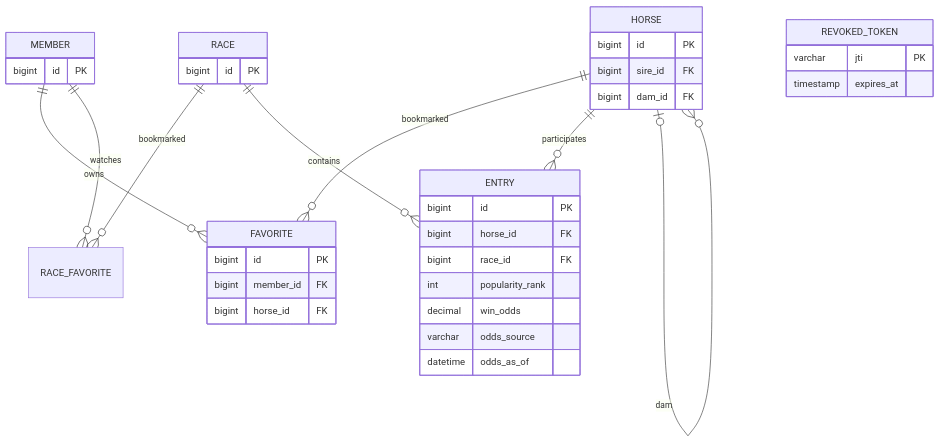
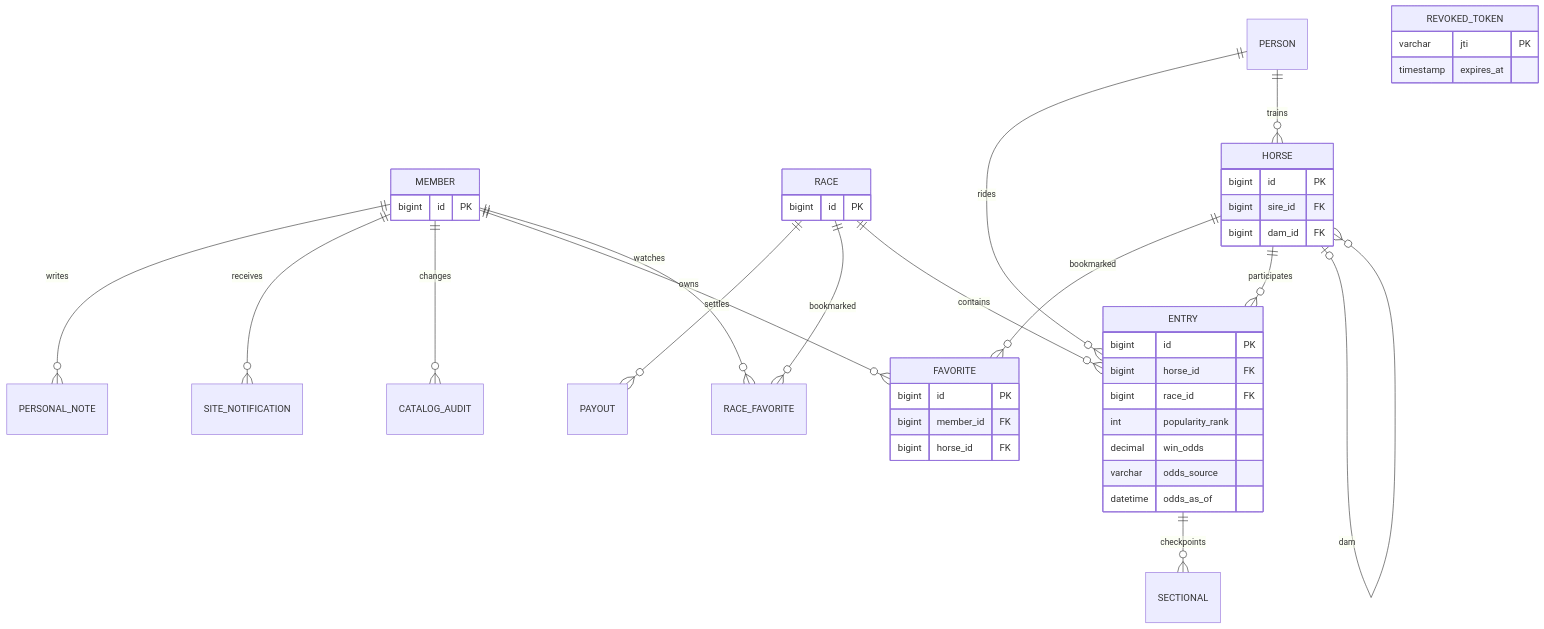
One commit to hsubin756-pixel/horse_racing_portal changed the diagram in ERD.md. Above: the diagram before and after it, drawn with Mermaid. The commit also changed other lines of this file and 39 other files, not shown here.

Commit message:
Add sectional analysis and expanded race management features

````diff
--- a/ERD.md
+++ b/ERD.md
@@ -2,28 +2,35 @@
 ```mermaid
 erDiagram
+ MEMBER ||--o{ PERSONAL_NOTE : writes
+ MEMBER ||--o{ SITE_NOTIFICATION : receives
+ MEMBER ||--o{ CATALOG_AUDIT : changes
+ ENTRY ||--o{ SECTIONAL : checkpoints
+ RACE ||--o{ PAYOUT : settles
+ PERSON ||--o{ ENTRY : rides
+ PERSON ||--o{ HORSE : trains
  MEMBER ||--o{ FAVORITE : owns
  MEMBER ||--o{ RACE_FAVORITE : watches
  RACE ||--o{ RACE_FAVORITE : bookmarked
  HORSE ||--o{ FAVORITE : bookmarked
  HORSE ||--o{ ENTRY : participates
  RACE ||--o{ ENTRY : contains
  HORSE o|--o{ HORSE : sire
  HORSE o|--o{ HORSE : dam
  MEMBER { bigint id PK }
  HORSE { bigint id PK
  bigint sire_id FK
  bigint dam_id FK }
  RACE { bigint id PK }
  ENTRY { bigint id PK
  bigint horse_id FK
  bigint race_id FK
  int popularity_rank
  decimal win_odds
  varchar odds_source
  datetime odds_as_of }
  FAVORITE { bigint id PK
  bigint member_id FK
  bigint horse_id FK }
  REVOKED_TOKEN { varchar jti PK
  timestamp expires_at }
 ```
````
